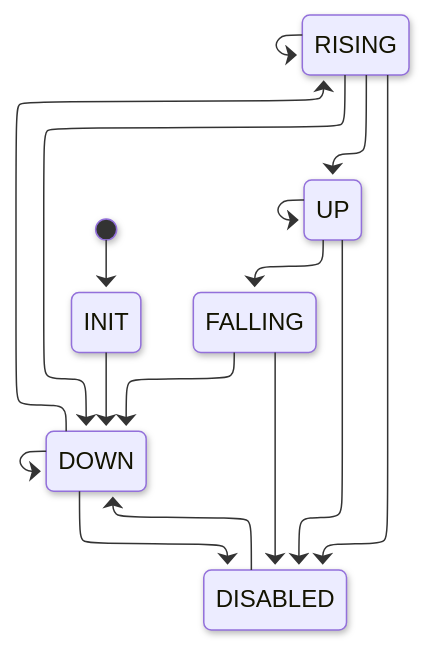
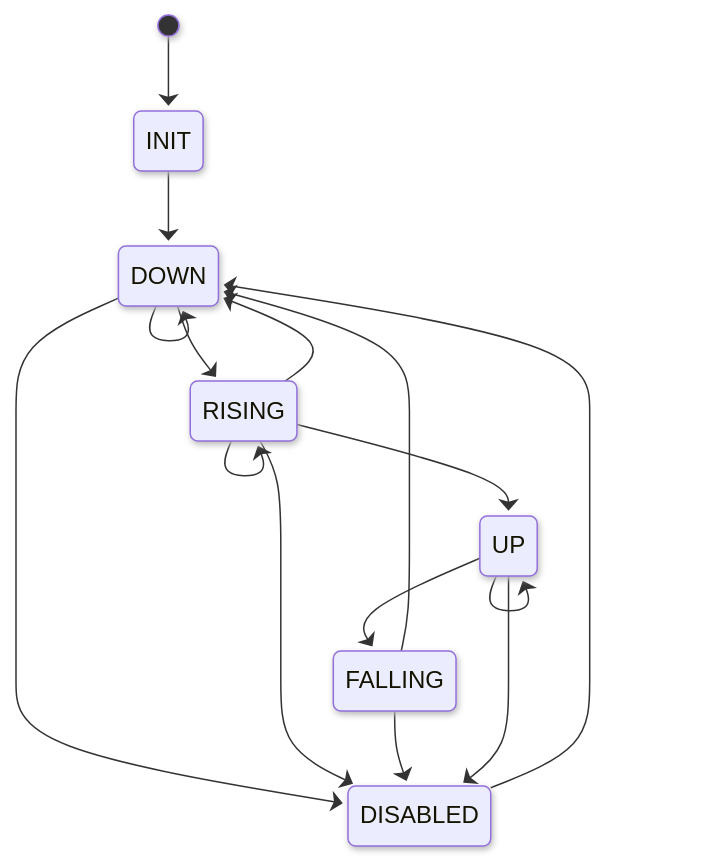
One commit to karldyson/exabgp-watchdog changed the diagram in exabgp-watchdog-state-diagram.mmd. Above: the diagram before and after it, drawn with Mermaid.

```diff
--- a/exabgp-watchdog-state-diagram.mmd
+++ b/exabgp-watchdog-state-diagram.mmd
@@ -1,23 +1,22 @@
 ---
 config:
   look: neo
-  layout: elk
   theme: default
 ---
 stateDiagram
   direction TB
   [*] --> INIT
   INIT --> DOWN
   DOWN --> RISING
   RISING --> DOWN
   RISING --> UP
   UP --> FALLING
   FALLING --> DOWN
   DOWN --> DOWN
   RISING --> RISING
   UP --> UP
   DOWN --> DISABLED
   RISING --> DISABLED
   FALLING --> DISABLED
   UP --> DISABLED
   DISABLED --> DOWN
```
